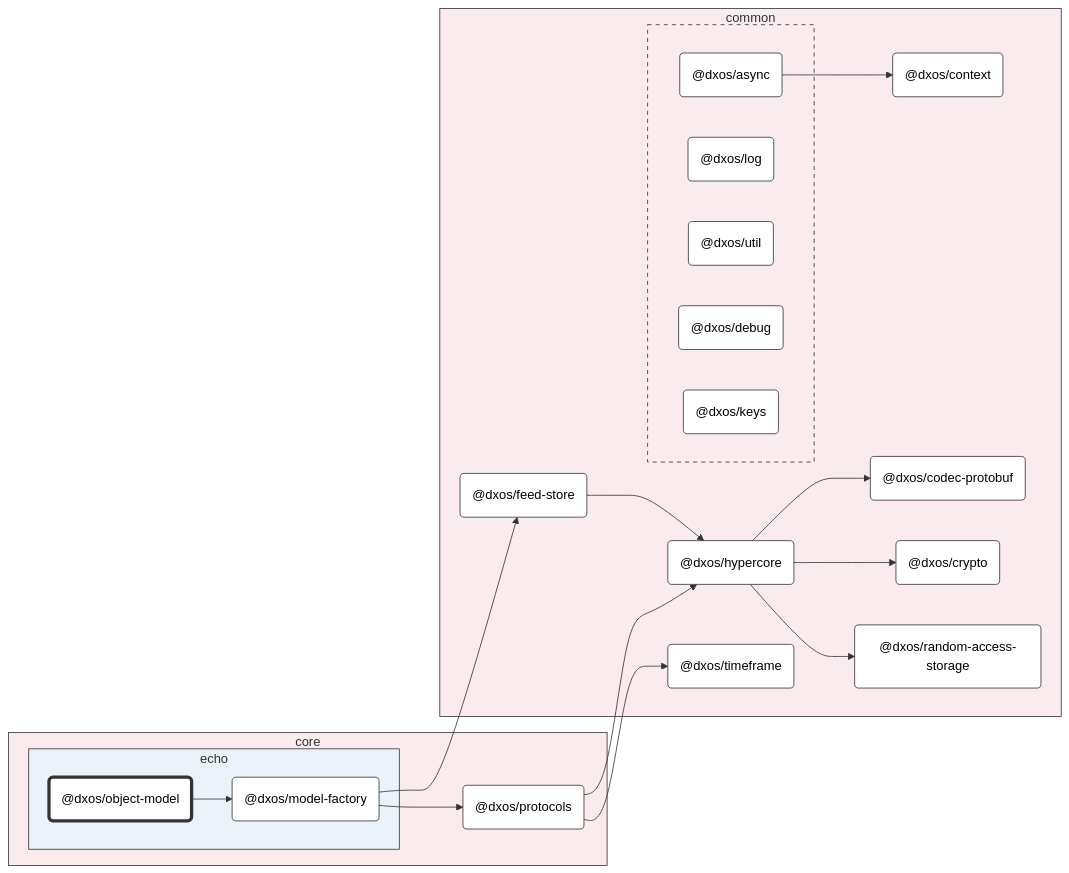
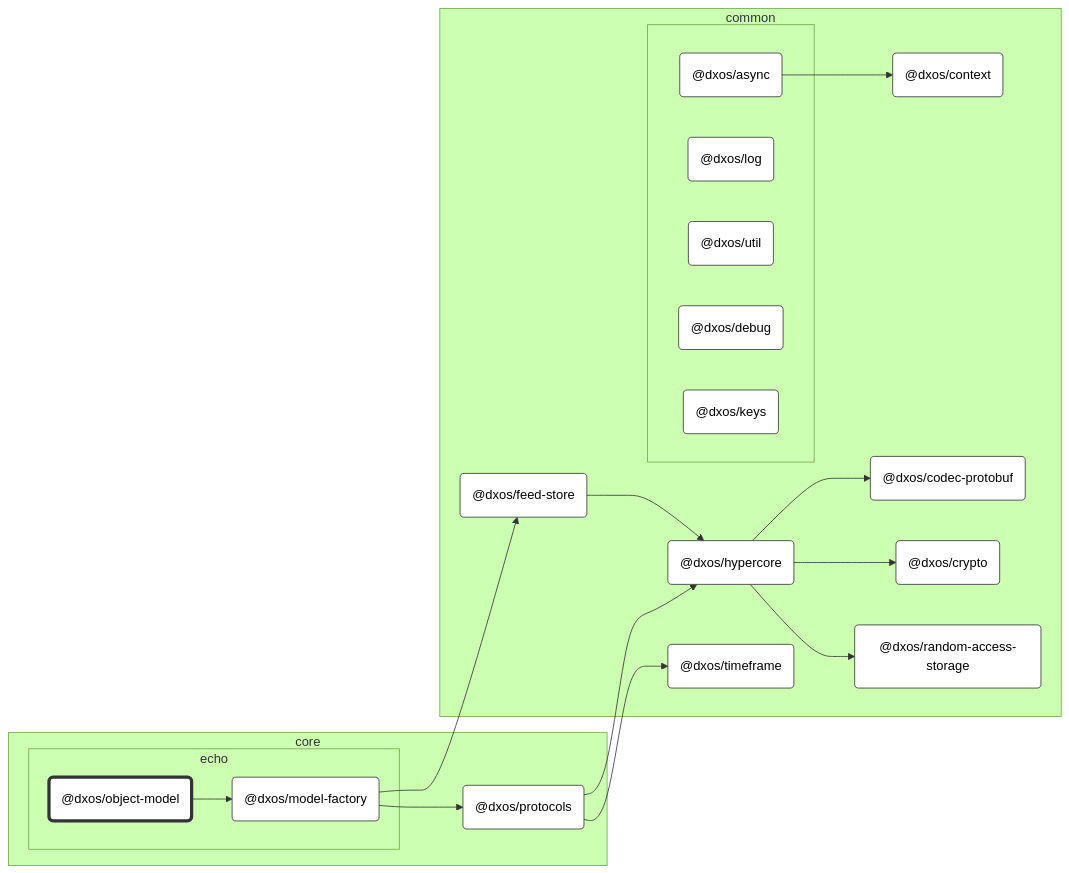
Before and after one commit to dxos/dxos: the diagram in packages/core/echo/object-model/docs/README.md, drawn with Mermaid (forest theme). The commit also changed 80 other files, not shown here.

````diff
--- a/packages/core/echo/object-model/docs/README.md
+++ b/packages/core/echo/object-model/docs/README.md
@@ -7,70 +7,66 @@
 ```mermaid
 %%{ init: {'flowchart':{'curve':'basis'}} }%%
 
 flowchart LR
 
 %% Classes
 classDef def fill:#fff,stroke:#333,stroke-width:1px
 classDef root fill:#fff,stroke:#333,stroke-width:4px
 
 %% Nodes
 
 subgraph core [core]
-  style core fill:#faebec,stroke:#333
   dxos/protocols("@dxos/protocols"):::def
   click dxos/protocols "dxos/dxos/tree/main/packages/core/protocols/docs"
 
   subgraph echo [echo]
-    style echo fill:#ebf2fa,stroke:#333
     dxos/object-model("@dxos/object-model"):::root
     click dxos/object-model "dxos/dxos/tree/main/packages/core/echo/object-model/docs"
     dxos/model-factory("@dxos/model-factory"):::def
     click dxos/model-factory "dxos/dxos/tree/main/packages/core/echo/model-factory/docs"
   end
 end
 
 subgraph common [common]
-  style common fill:#faebee,stroke:#333
   dxos/context("@dxos/context"):::def
   click dxos/context "dxos/dxos/tree/main/packages/common/context/docs"
   dxos/codec-protobuf("@dxos/codec-protobuf"):::def
   click dxos/codec-protobuf "dxos/dxos/tree/main/packages/common/codec-protobuf/docs"
   dxos/feed-store("@dxos/feed-store"):::def
   click dxos/feed-store "dxos/dxos/tree/main/packages/common/feed-store/docs"
   dxos/crypto("@dxos/crypto"):::def
   click dxos/crypto "dxos/dxos/tree/main/packages/common/crypto/docs"
   dxos/hypercore("@dxos/hypercore"):::def
   click dxos/hypercore "dxos/dxos/tree/main/packages/common/hypercore/docs"
   dxos/random-access-storage("@dxos/random-access-storage"):::def
   click dxos/random-access-storage "dxos/dxos/tree/main/packages/common/random-access-storage/docs"
   dxos/timeframe("@dxos/timeframe"):::def
   click dxos/timeframe "dxos/dxos/tree/main/packages/common/timeframe/docs"
 
   subgraph _ [ ]
-    style _ fill:#faebee,stroke:#333,stroke-dasharray:5 5
     dxos/async("@dxos/async"):::def
     click dxos/async "dxos/dxos/tree/main/packages/common/async/docs"
     dxos/log("@dxos/log"):::def
     click dxos/log "dxos/dxos/tree/main/packages/common/log/docs"
     dxos/util("@dxos/util"):::def
     click dxos/util "dxos/dxos/tree/main/packages/common/util/docs"
     dxos/debug("@dxos/debug"):::def
     click dxos/debug "dxos/dxos/tree/main/packages/common/debug/docs"
     dxos/keys("@dxos/keys"):::def
     click dxos/keys "dxos/dxos/tree/main/packages/common/keys/docs"
   end
 end
 
 %% Links
 linkStyle default stroke:#333,stroke-width:1px
 dxos/async --> dxos/context
 dxos/object-model --> dxos/model-factory
 dxos/model-factory --> dxos/feed-store
 dxos/feed-store --> dxos/hypercore
 dxos/hypercore --> dxos/codec-protobuf
 dxos/hypercore --> dxos/crypto
 dxos/hypercore --> dxos/random-access-storage
 dxos/model-factory --> dxos/protocols
 dxos/protocols --> dxos/hypercore
 dxos/protocols --> dxos/timeframe
 ```
````
